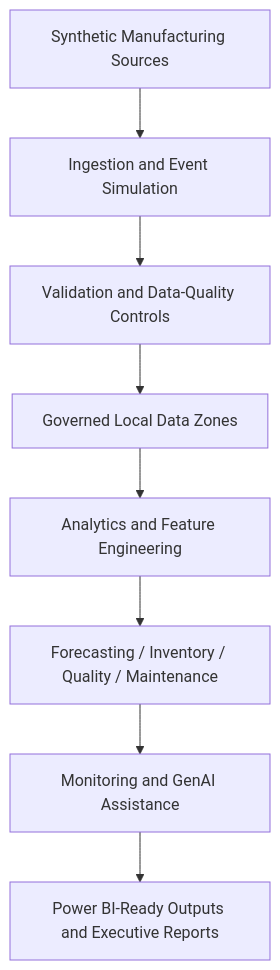
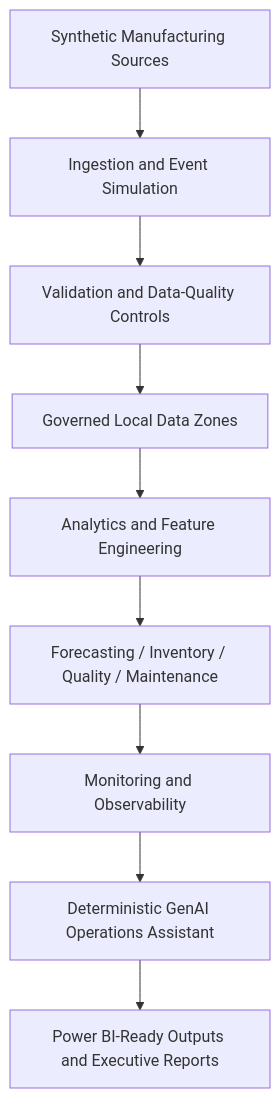
One commit to Ibraheemolasupogit/azure-manufacturing-intelligence-platform changed the diagram in README.md. Above: the diagram before and after it, drawn with Mermaid. The commit also changed other lines of this file and 59 other files, not shown here.

Commit message:
Add deterministic GenAI operations assistant

````diff
--- a/README.md
+++ b/README.md
@@ -56,10 +56,11 @@
 ```mermaid
 flowchart TD
     sources["Synthetic Manufacturing Sources"] --> ingestion["Ingestion and Event Simulation"]
     ingestion --> validation["Validation and Data-Quality Controls"]
     validation --> zones["Governed Local Data Zones"]
     zones --> analytics["Analytics and Feature Engineering"]
     analytics --> intelligence["Forecasting / Inventory / Quality / Maintenance"]
-    intelligence --> monitoring["Monitoring and GenAI Assistance"]
-    monitoring --> outputs["Power BI-Ready Outputs and Executive Reports"]
+    intelligence --> monitoring["Monitoring and Observability"]
+    monitoring --> genai["Deterministic GenAI Operations Assistant"]
+    genai --> outputs["Power BI-Ready Outputs and Executive Reports"]
 ```
````
